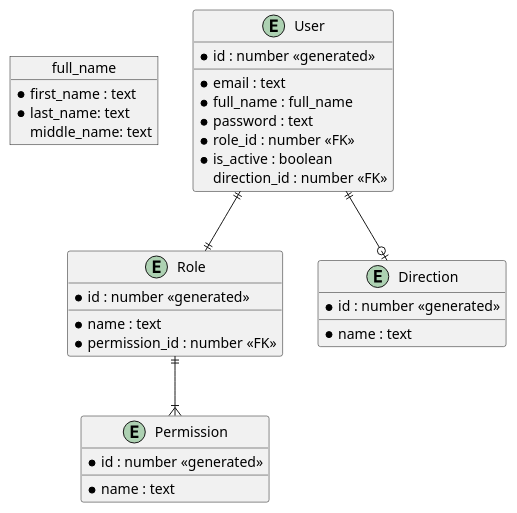
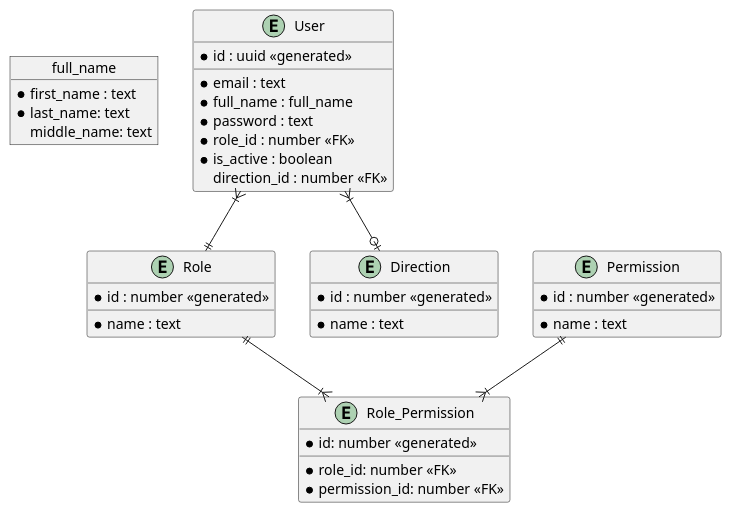
One commit to zurgis/planner changed the diagram in docs/diagrams/src/services/authorization/ER-diagram.plantuml. Above: the diagram before and after it, drawn with PlantUML. The commit also changed 6 other files, not shown here.

```diff
--- a/docs/diagrams/src/services/authorization/ER-diagram.plantuml
+++ b/docs/diagrams/src/services/authorization/ER-diagram.plantuml
@@ -1,41 +1,48 @@
 @startuml
 object full_name {
   * first_name : text
   * last_name: text
   middle_name: text
 }
 
 entity User {
-  * id : number <<generated>>
+  * id : uuid <<generated>>
   __
   * email : text
   * full_name : full_name
   * password : text
   * role_id : number <<FK>>
   * is_active : boolean
   direction_id : number <<FK>>
 }
 
 entity Role {
   * id : number <<generated>>
   __
   * name : text
-  * permission_id : number <<FK>>
 }
 
 entity Permission {
   * id : number <<generated>>
   __
   * name : text
 }
 
 entity Direction {
   * id : number <<generated>>
   __
   * name : text
 }
 
-User ||--|| Role
-User ||--o| Direction
-Role ||--|{ Permission
+entity Role_Permission {
+  * id: number <<generated>>
+  __
+  * role_id: number <<FK>>
+  * permission_id: number <<FK>>
+}
+
+User }|--|| Role
+User }|--o| Direction
+Role ||--|{ Role_Permission
+Permission ||--|{ Role_Permission
 @enduml
```
